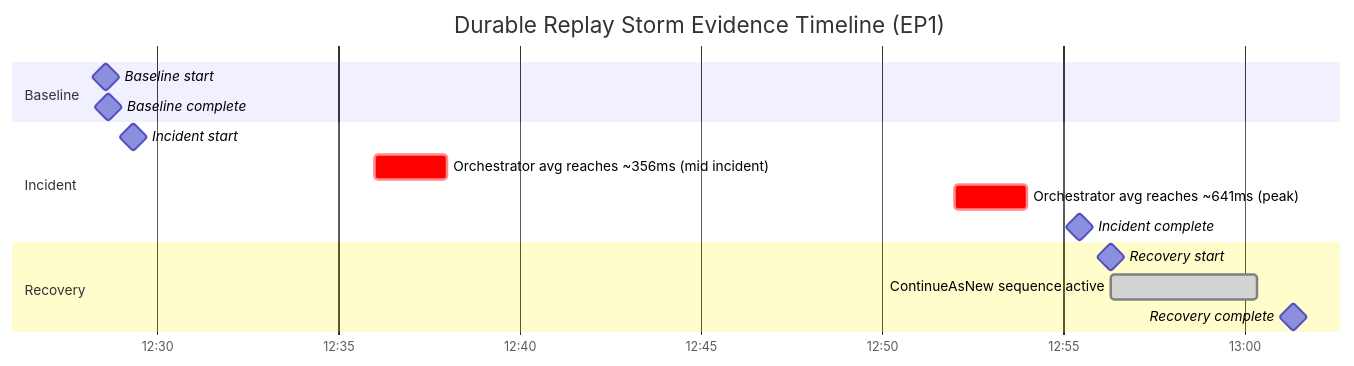
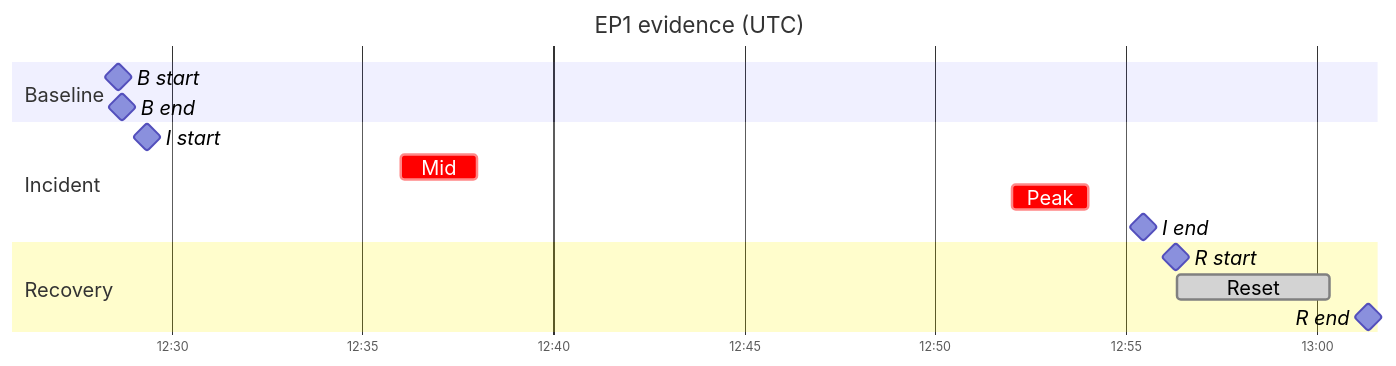
The sixth of 6 diagrams in docs/troubleshooting/lab-guides/durable-replay-storm.md (yeongseon/azure-functions-practical-guide), drawn with Mermaid before and after one commit. The commit also changed other lines of this file, not shown here.

First line of the commit message:
docs(diagrams): improve replay lab typed diagrams and reading keys

````diff
--- a/docs/troubleshooting/lab-guides/durable-replay-storm.md
+++ b/docs/troubleshooting/lab-guides/durable-replay-storm.md
@@ -873,18 +927,21 @@
 ```mermaid
+%%{init: {"gantt": {"fontSize": 16, "sectionFontSize": 16, "leftPadding": 85, "rightPadding": 15}}}%%
 gantt
-    title Durable Replay Storm Evidence Timeline (EP1)
+    accTitle: Recorded EP1 evidence milestones
+    accDescr: Historical UTC milestones and spans retain baseline, incident and recovery times, the approximately 356 and 641 millisecond incident bins, and the ContinueAsNew interval. Short keys expand immediately below; no new run or evidence certification is claimed.
+    title EP1 evidence (UTC)
     dateFormat  HH:mm:ss
     axisFormat  %H:%M
     section Baseline
-    Baseline start                                 :milestone, m1, 12:28:36, 0s
-    Baseline complete                              :milestone, m2, 12:28:41, 0s
+    B start :milestone, m1, 12:28:36, 0s
+    B end :milestone, m2, 12:28:41, 0s
     section Incident
-    Incident start                                 :milestone, m3, 12:29:22, 0s
-    Orchestrator avg reaches ~356ms (mid incident) :crit, i1, 12:36:00, 2m
-    Orchestrator avg reaches ~641ms (peak)         :crit, i2, 12:52:00, 2m
-    Incident complete                              :milestone, m4, 12:55:28, 0s
+    I start :milestone, m3, 12:29:22, 0s
+    Mid :crit, i1, 12:36:00, 2m
+    Peak :crit, i2, 12:52:00, 2m
+    I end :milestone, m4, 12:55:28, 0s
     section Recovery
-    Recovery start                                 :milestone, m5, 12:56:18, 0s
-    ContinueAsNew sequence active                  :done, r1, 12:56:20, 4m
-    Recovery complete                              :milestone, m6, 13:01:21, 0s
+    R start :milestone, m5, 12:56:18, 0s
+    Reset :done, r1, 12:56:20, 4m
+    R end :milestone, m6, 13:01:21, 0s
 ```
````
